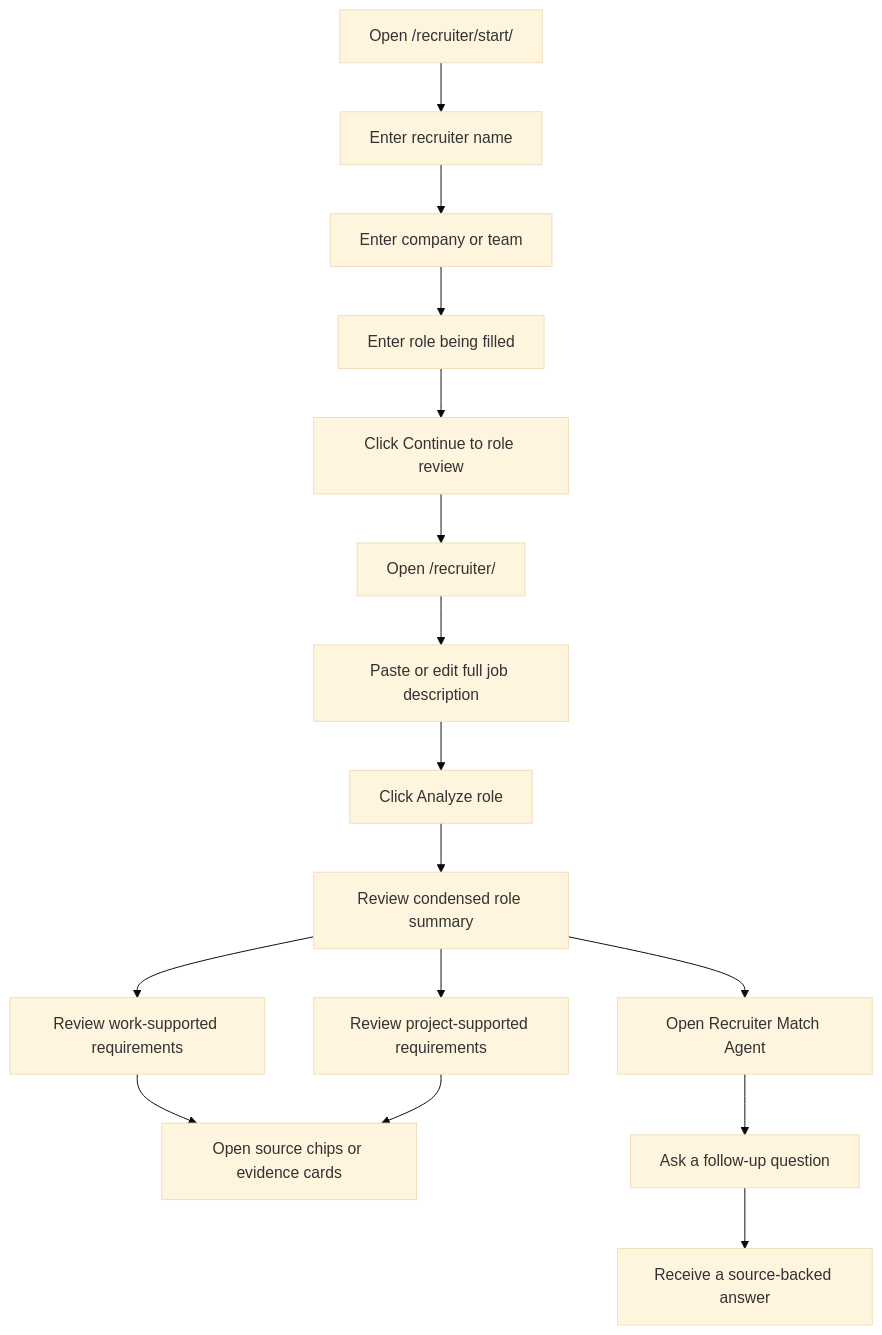
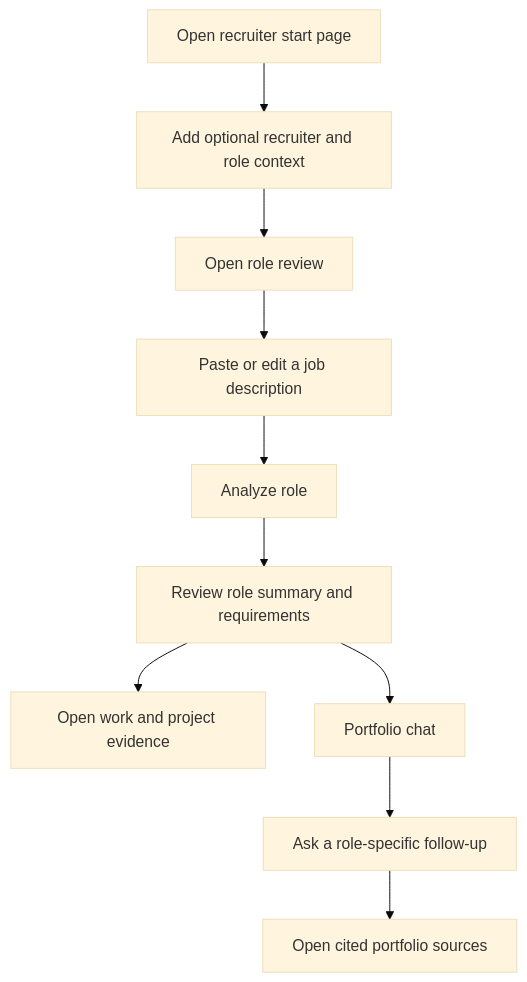
One commit to burtonmakes/burtonmakes.github.io changed the first of 4 diagrams in docs/RECRUITER_ASSISTANT_WORKFLOW.md. Above: the diagram before and after it, drawn with Mermaid (base theme). The commit also changed other lines of this file and 11 other files, not shown here.

````diff
--- a/docs/RECRUITER_ASSISTANT_WORKFLOW.md
+++ b/docs/RECRUITER_ASSISTANT_WORKFLOW.md
@@ -83,18 +9,12 @@
 ```mermaid
 flowchart TD
-    A[Open /recruiter/start/] --> B[Enter recruiter name]
-    B --> C[Enter company or team]
-    C --> D[Enter role being filled]
-    D --> E[Click Continue to role review]
-    E --> F[Open /recruiter/]
-    F --> G[Paste or edit full job description]
-    G --> H[Click Analyze role]
-    H --> I[Review condensed role summary]
-    I --> J[Review work-supported requirements]
-    I --> K[Review project-supported requirements]
-    J --> L[Open source chips or evidence cards]
-    K --> L
-    I --> M[Open Recruiter Match Agent]
-    M --> N[Ask a follow-up question]
-    N --> O[Receive a source-backed answer]
+    A["Open recruiter start page"] --> B["Add optional recruiter and role context"]
+    B --> C["Open role review"]
+    C --> D["Paste or edit a job description"]
+    D --> E["Analyze role"]
+    E --> F["Review role summary and requirements"]
+    F --> G["Open work and project evidence"]
+    F --> H["Portfolio chat"]
+    H --> I["Ask a role-specific follow-up"]
+    I --> J["Open cited portfolio sources"]
 ```
````
